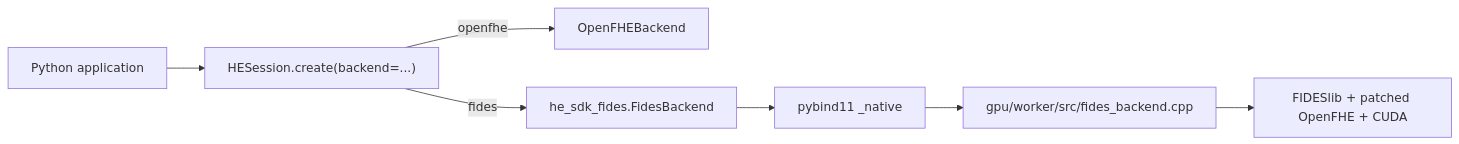
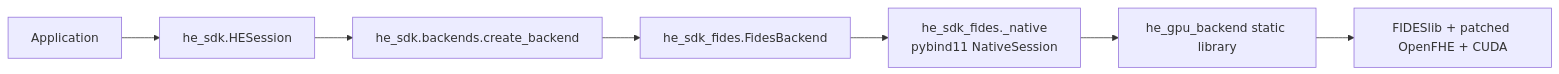
Before and after one commit to Nhatcao1/k3s-demo-app: the diagram in docs/he-sdk-fides.md, drawn with Mermaid. The commit also changed other lines of this file and 21 other files, not shown here.

Commit message:
revert(sdk): restore separate backend packages

````diff
--- a/docs/he-sdk-fides.md
+++ b/docs/he-sdk-fides.md
@@ -23,9 +22,9 @@
 ```mermaid
 flowchart LR
-    APP["Python application"] --> SESSION["HESession.create(backend=...)"]
-    SESSION -->|openfhe| CPU["OpenFHEBackend"]
-    SESSION -->|fides| GPU["he_sdk_fides.FidesBackend"]
-    GPU --> BINDING["pybind11 _native"]
-    BINDING --> CPP["gpu/worker/src/fides_backend.cpp"]
-    CPP --> FIDES["FIDESlib + patched OpenFHE + CUDA"]
+    APP["Application"] --> SESSION["he_sdk.HESession"]
+    SESSION --> FACTORY["he_sdk.backends.create_backend"]
+    FACTORY --> ADAPTER["he_sdk_fides.FidesBackend"]
+    ADAPTER --> NATIVE["he_sdk_fides._native<br/>pybind11 NativeSession"]
+    NATIVE --> SHARED["he_gpu_backend static library"]
+    SHARED --> FIDES["FIDESlib + patched OpenFHE + CUDA"]
 ```
````
